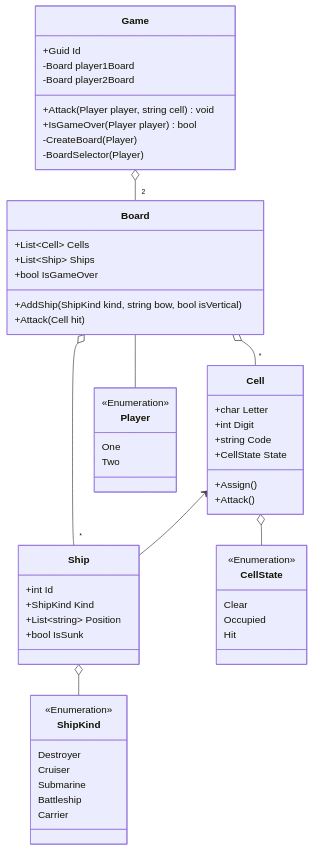
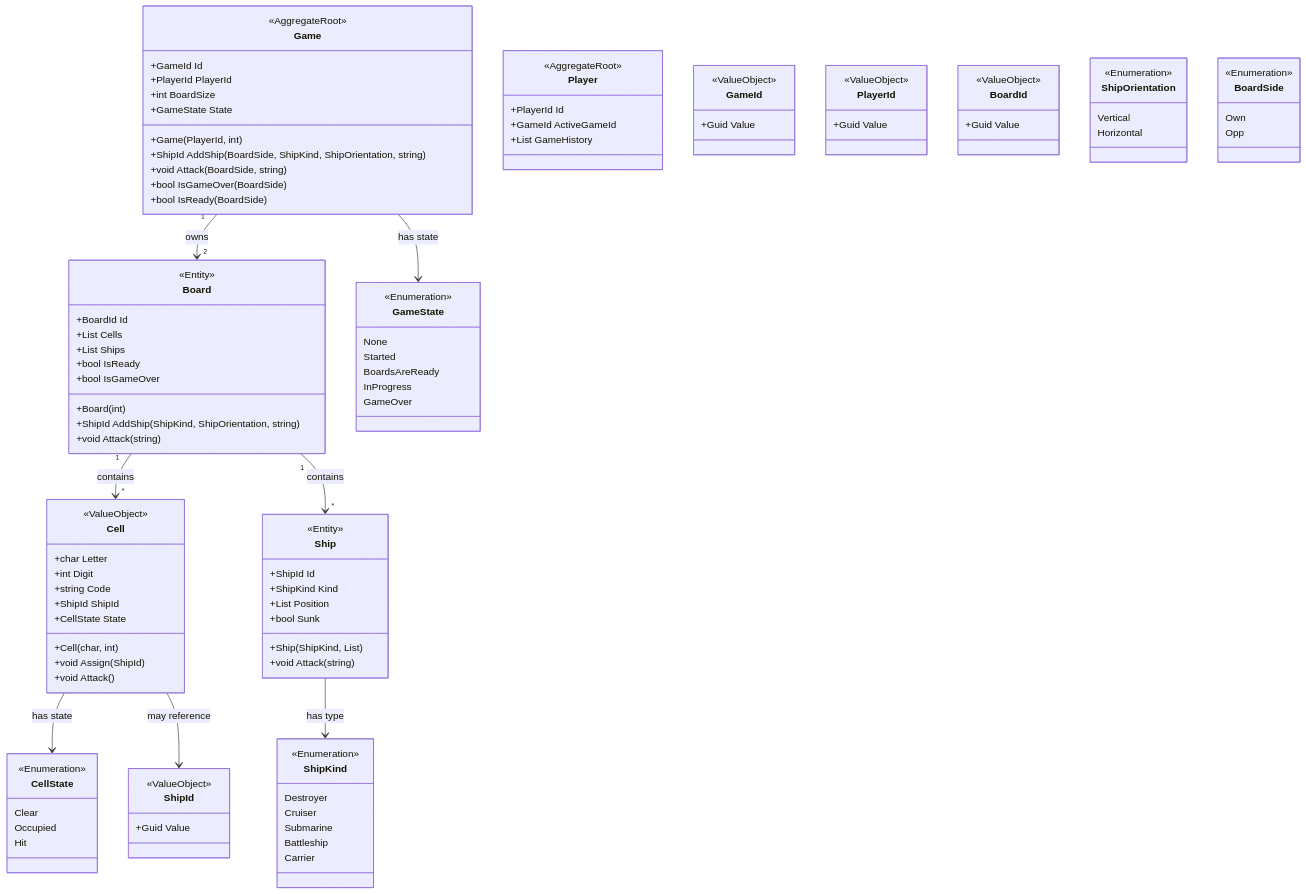
Before and after one commit to wahidshalaly/battleship-game: the first of 3 diagrams in docs/design.md, drawn with Mermaid. The commit also changed other lines of this file and 5 other files, not shown here.

````diff
--- a/docs/design.md
+++ b/docs/design.md
@@ -1,68 +18,121 @@
 ```mermaid
 classDiagram
-direction TB
-	class Game {
-		+Guid Id
-		-Board player1Board
-		-Board player2Board
-		+Attack(Player player, string cell) void
-		+IsGameOver(Player player) bool
-		-CreateBoard(Player)
-		-BoardSelector(Player)
-	}
+    class Game {
+        <<AggregateRoot>>
+        +GameId Id
+        +PlayerId PlayerId
+        +int BoardSize
+        +GameState State
+        +Game(PlayerId, int)
+        +ShipId AddShip(BoardSide, ShipKind, ShipOrientation, string)
+        +void Attack(BoardSide, string)
+        +bool IsGameOver(BoardSide)
+        +bool IsReady(BoardSide)
+    }
 
-	class Board {
-		+List~Cell~ Cells
-		+List~Ship~ Ships
-		+bool IsGameOver
-		+AddShip(ShipKind kind, string bow, bool isVertical)
-		+Attack(Cell hit)
-	}
+    class Player {
+        <<AggregateRoot>>
+        +PlayerId Id
+        +GameId ActiveGameId
+        +List GameHistory
+    }
 
-	class Ship {
-		+int Id
-		+ShipKind Kind
-		+List~string~ Position
-		+bool IsSunk
-	}
+    class Board {
+        <<Entity>>
+        +BoardId Id
+        +List Cells
+        +List Ships
+        +bool IsReady
+        +bool IsGameOver
+        +Board(int)
+        +ShipId AddShip(ShipKind, ShipOrientation, string)
+        +void Attack(string)
+    }
 
-	class Cell {
-		+char Letter
-		+int Digit
-		+string Code
-		+CellState State
-		+Assign()
-		+Attack()
-	}
+    class Ship {
+        <<Entity>>
+        +ShipId Id
+        +ShipKind Kind
+        +List Position
+        +bool Sunk
+        +Ship(ShipKind, List)
+        +void Attack(string)
+    }
 
-	class ShipKind {
-		Destroyer
-		Cruiser
-		Submarine
-		Battleship
-		Carrier
-	}
+    class Cell {
+        <<ValueObject>>
+        +char Letter
+        +int Digit
+        +string Code
+        +ShipId ShipId
+        +CellState State
+        +Cell(char, int)
+        +void Assign(ShipId)
+        +void Attack()
+    }
 
-	class CellState {
-		Clear
-		Occupied
-		Hit
-	}
+    class GameId {
+        <<ValueObject>>
+        +Guid Value
+    }
 
-	class Player {
-		One
-		Two
-	}
+    class PlayerId {
+        <<ValueObject>>
+        +Guid Value
+    }
 
-	<<Enumeration>> ShipKind
-	<<Enumeration>> CellState
-	<<Enumeration>> Player
+    class BoardId {
+        <<ValueObject>>
+        +Guid Value
+    }
 
-	Game o-- "2" Board
-	Board o-- "*" Cell
-	Board o-- "*" Ship
-	Board -- Player
-	Cell o-- CellState
-	Ship o-- ShipKind
-	Cell <-- Ship
+    class ShipId {
+        <<ValueObject>>
+        +Guid Value
+    }
+
+    class CellState {
+        <<Enumeration>>
+        Clear
+        Occupied
+        Hit
+    }
+
+    class ShipKind {
+        <<Enumeration>>
+        Destroyer
+        Cruiser
+        Submarine
+        Battleship
+        Carrier
+    }
+
+    class ShipOrientation {
+        <<Enumeration>>
+        Vertical
+        Horizontal
+    }
+
+    class BoardSide {
+        <<Enumeration>>
+        Own
+        Opp
+    }
+
+    class GameState {
+        <<Enumeration>>
+        None
+        Started
+        BoardsAreReady
+        InProgress
+        GameOver
+    }
+
+    Game "1" --> "2" Board : owns
+    Board "1" --> "*" Cell : contains
+    Board "1" --> "*" Ship : contains
+    Ship --> ShipKind : has type
+    Cell --> CellState : has state
+    Cell --> ShipId : may reference
+    Game --> GameState : has state
 ```
````
